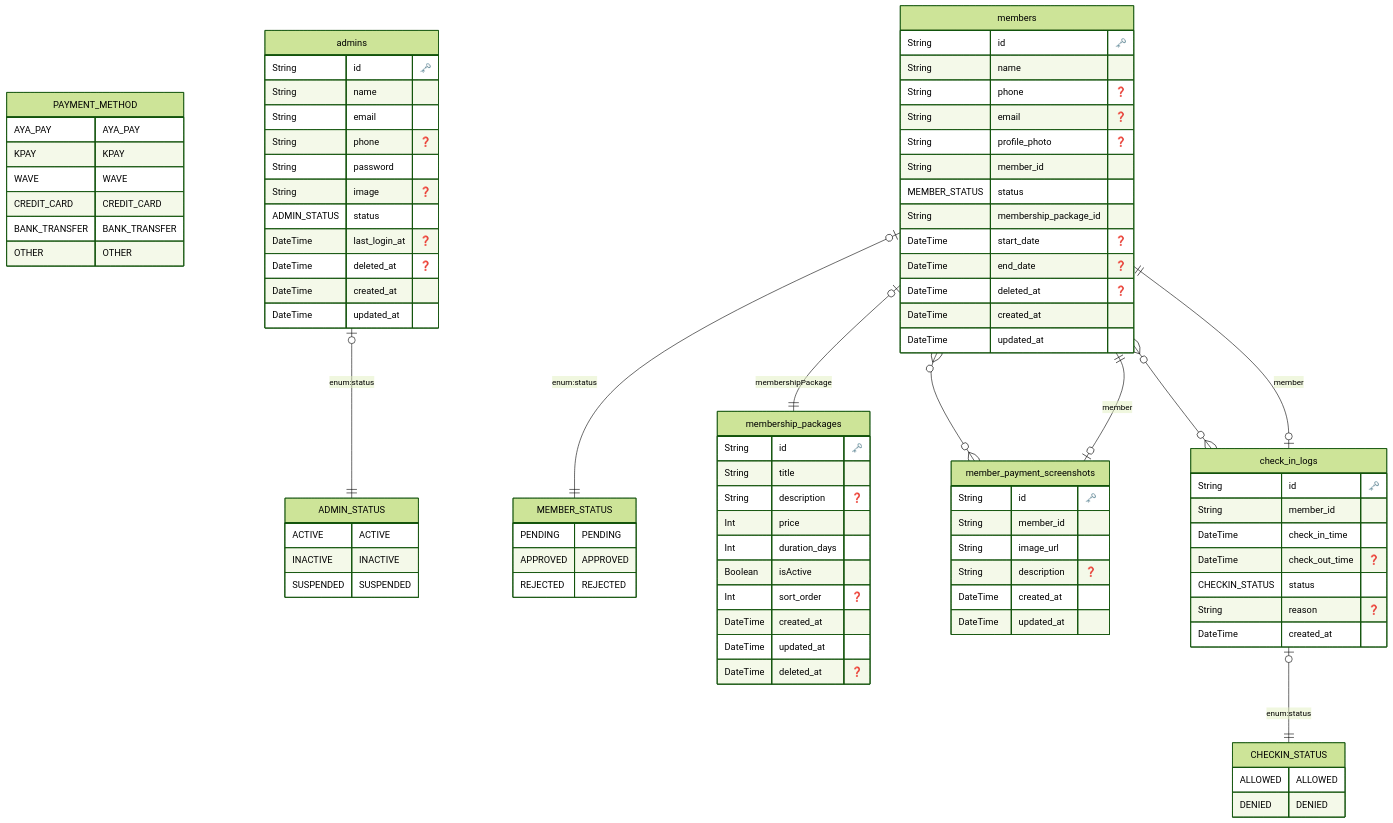
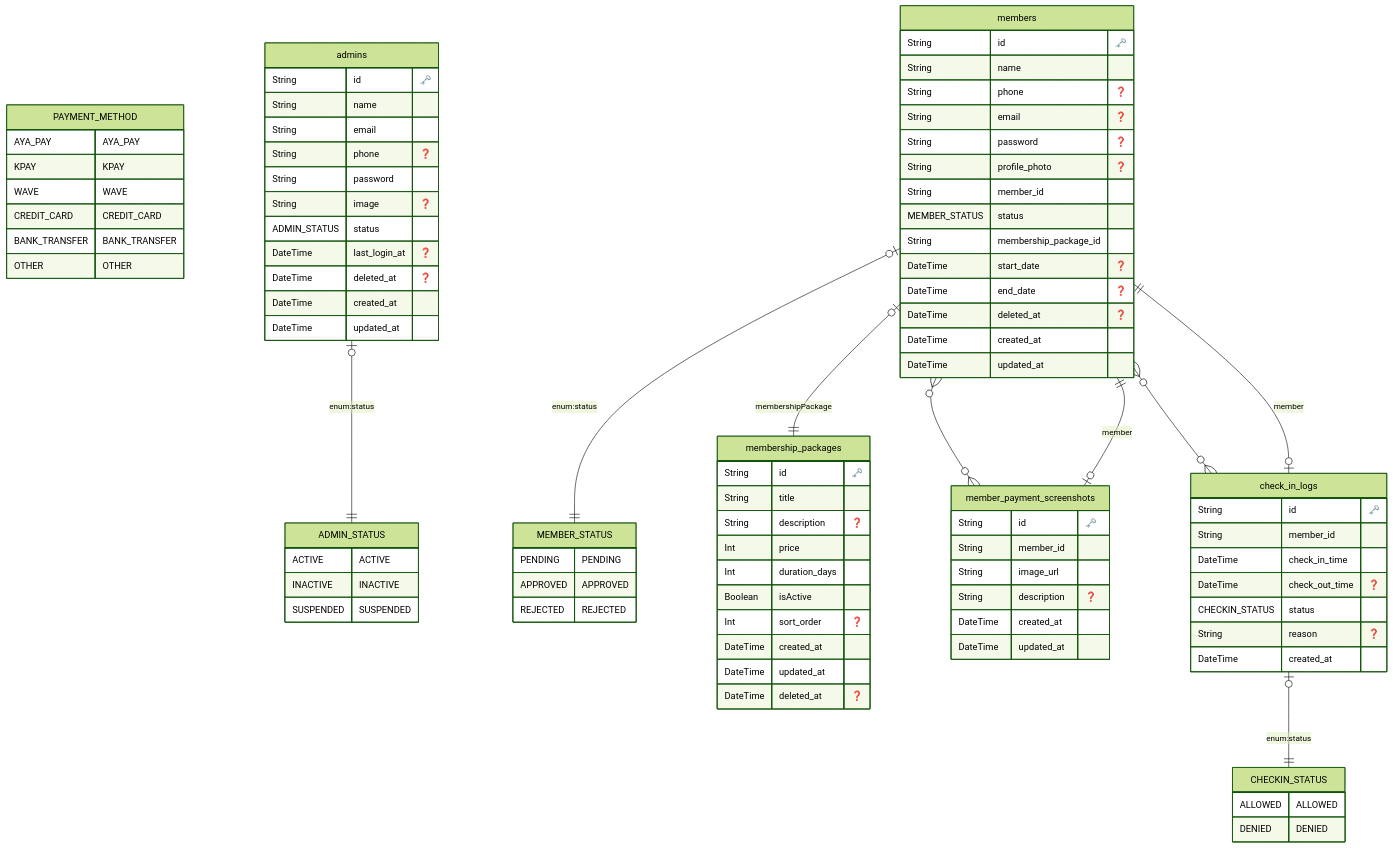
One commit to DevAdriam/Gym-Mini-Checkin-System-Backend changed the diagram in prisma/ERD.md. Above: the diagram before and after it, drawn with Mermaid (forest theme). The commit also changed 20 other files, not shown here.

```diff
--- a/prisma/ERD.md
+++ b/prisma/ERD.md
@@ -53,6 +53,7 @@
     String name 
     String phone "❓"
     String email "❓"
+    String password "❓"
     String profile_photo "❓"
     String member_id 
     MEMBER_STATUS status 
```
